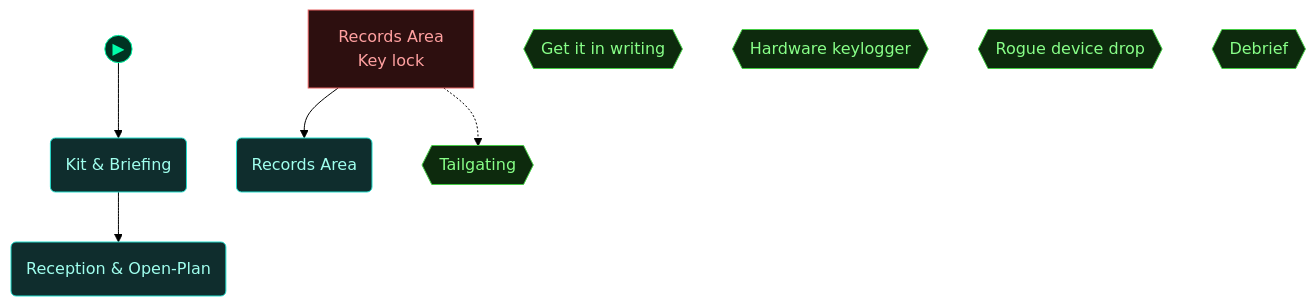
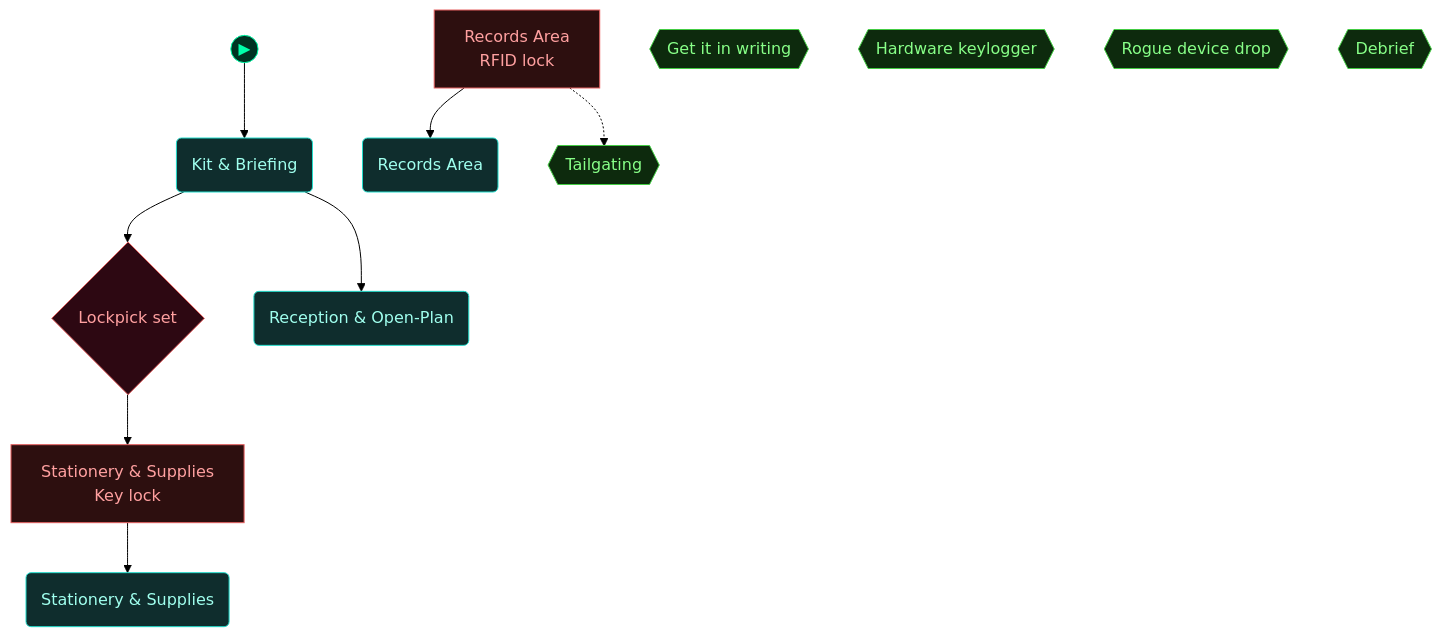
The third of 5 diagrams in scenarios/lab_physical_pentest/dungeon_graph.md (cliffe/BreakEscape), drawn with Mermaid (forest theme) before and after one commit. The commit also changed other lines of this file and 6 other files, not shown here.

Commit message:
lab_physical_pentest pass 2 (opus48): disguise swap, unlocked/locked screens, shoulder-surf, RFID clone, lockpick store room, juice-jack cable, action icons

````diff
--- a/scenarios/lab_physical_pentest/dungeon_graph.md
+++ b/scenarios/lab_physical_pentest/dungeon_graph.md
@@ -121,40 +128,47 @@
 ```mermaid
 flowchart TD
 
   classDef room      fill:#0f2d2d,stroke:#22ddcc,color:#a0ffee
   classDef lock      fill:#2d0f0f,stroke:#e66060,color:#ffa0a0
   classDef key       fill:#2d0812,stroke:#e66060,color:#ffa0a0
   classDef item      fill:#2d1200,stroke:#e89030,color:#ffcc80
   classDef gate      fill:#111,stroke:#666,color:#eee
   classDef vm        fill:#0c1f40,stroke:#4a90d9,color:#a0c8ff
   classDef flag      fill:#1a0c2d,stroke:#9060d0,color:#cc99ff
   classDef action    fill:#1a1200,stroke:#cc9922,color:#ffee88
   classDef aim       fill:#0d2a0d,stroke:#44cc44,color:#88ff88
   classDef aim_gate  fill:#111111,stroke:#44cc44,color:#44cc44
   classDef container fill:#1a2d1a,stroke:#60b060,color:#a0e0a0
   classDef npc       fill:#2d1f0d,stroke:#d0a050,color:#ffe0a0
   classDef critical  fill:#2a1500,stroke:#ffaa00,color:#ffdd88
   classDef start     fill:#003322,stroke:#00ffaa,color:#00ffaa
 
   node_start(("▶"))
   node_start --> briefing_room
 
-  door_secure_area["Records Area<br/>Key lock"]
+  door_secure_area["Records Area<br/>RFID lock"]
   secure_area("Records Area")
+  door_store_room["Stationery & Supplies<br/>Key lock"]
+  store_room("Stationery & Supplies")
   briefing_room("Kit & Briefing")
+  lockpick_set{"Lockpick set"}
   open_plan("Reception & Open-Plan")
   aim_authorise{{"Get it in writing"}}
   aim_keylogger{{"Hardware keylogger"}}
   aim_usb{{"Rogue device drop"}}
   aim_tailgate{{"Tailgating"}}
   aim_debrief{{"Debrief"}}
 
   door_secure_area --> secure_area
+  door_store_room --> store_room
+  briefing_room --> lockpick_set
+  lockpick_set --> door_store_room
   briefing_room --> open_plan
   door_secure_area -.-> aim_tailgate
 
-  class door_secure_area lock
-  class secure_area,briefing_room,open_plan room
+  class door_secure_area,door_store_room lock
+  class secure_area,store_room,briefing_room,open_plan room
+  class lockpick_set key
   class aim_authorise,aim_keylogger,aim_usb,aim_tailgate,aim_debrief aim
   class node_start start
 ```
````
